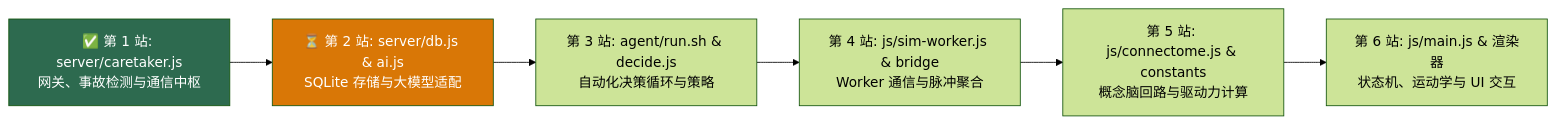
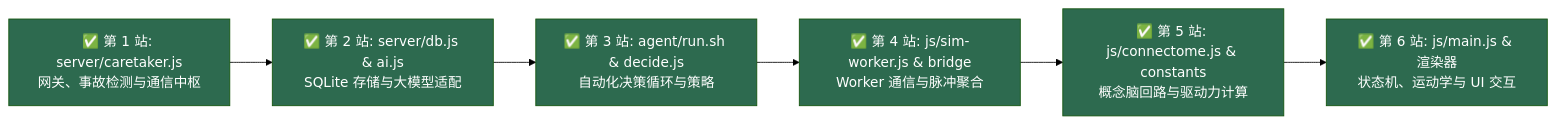
One commit to JHinW/flybrain changed the diagram in doc/codebase-learning-plan.md. Above: the diagram before and after it, drawn with Mermaid (forest theme). The commit also changed other lines of this file, not shown here.

````diff
--- a/doc/codebase-learning-plan.md
+++ b/doc/codebase-learning-plan.md
@@ -10,10 +10,9 @@
 ```mermaid
 flowchart LR
-    S1["✅ 第 1 站: server/caretaker.js<br>网关、事故检测与通信中枢"]:::done --> S2["⏳ 第 2 站: server/db.js & ai.js<br>SQLite 存储与大模型适配"]:::next
-    S2 --> S3["第 3 站: agent/run.sh & decide.js<br>自动化决策循环与策略"]
-    S3 --> S4["第 4 站: js/sim-worker.js & bridge<br>Worker 通信与脉冲聚合"]
-    S4 --> S5["第 5 站: js/connectome.js & constants<br>概念脑回路与驱动力计算"]
-    S5 --> S6["第 6 站: js/main.js & 渲染器<br>状态机、运动学与 UI 交互"]
+    S1["✅ 第 1 站: server/caretaker.js<br>网关、事故检测与通信中枢"]:::done --> S2["✅ 第 2 站: server/db.js & ai.js<br>SQLite 存储与大模型适配"]:::done
+    S2 --> S3["✅ 第 3 站: agent/run.sh & decide.js<br>自动化决策循环与策略"]:::done
+    S3 --> S4["✅ 第 4 站: js/sim-worker.js & bridge<br>Worker 通信与脉冲聚合"]:::done
+    S4 --> S5["✅ 第 5 站: js/connectome.js & constants<br>概念脑回路与驱动力计算"]:::done
+    S5 --> S6["✅ 第 6 站: js/main.js & 渲染器<br>状态机、运动学与 UI 交互"]:::done
     classDef done fill:#2d6a4f,color:#fff
-    classDef next fill:#d97706,color:#fff
 ```
````
